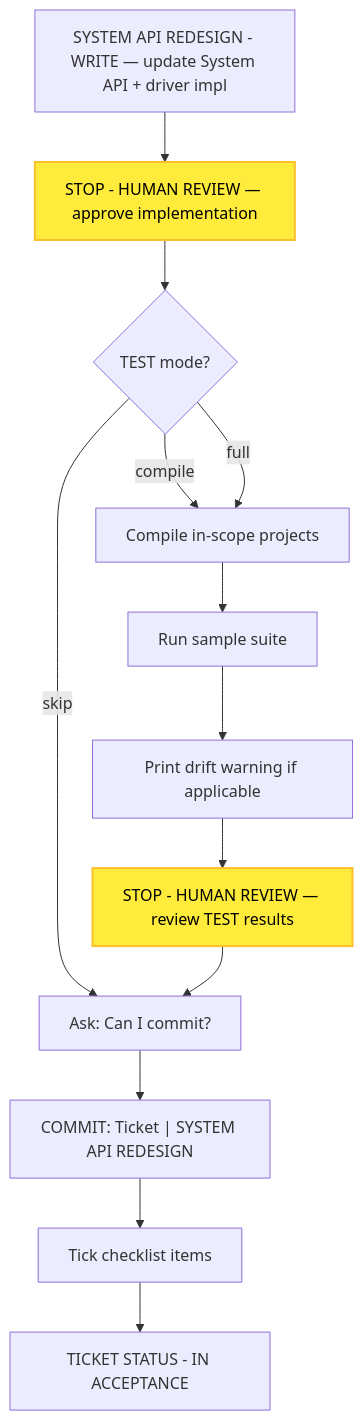
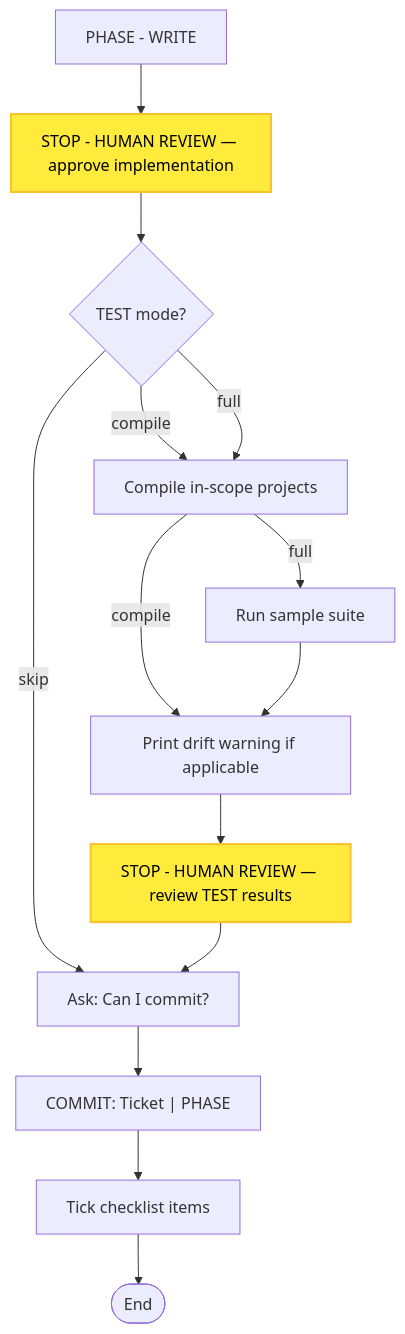
One commit to optivem/starter changed the seventh of 9 diagrams in docs/atdd/process/diagram-process.md. Above: the diagram before and after it, drawn with Mermaid. The commit also changed other lines of this file and 2 other files, not shown here.

````diff
--- a/docs/atdd/process/diagram-process.md
+++ b/docs/atdd/process/diagram-process.md
@@ -201,30 +214,31 @@
 ```mermaid
 flowchart TD
-    WRITE["SYSTEM API REDESIGN - WRITE — update System API + driver impl"]
-    REVIEW["STOP - HUMAN REVIEW — approve implementation"]
-    TEST_GATE{TEST mode?}
+    WRITE["PHASE - WRITE"]
+    STOP_REVIEW[STOP - HUMAN REVIEW — approve implementation]
+    GATE_TEST{TEST mode?}
     COMPILE[Compile in-scope projects]
-    SAMPLE["Run sample suite"]
+    SAMPLE[Run sample suite]
     DRIFT[Print drift warning if applicable]
-    STOP_TEST["STOP - HUMAN REVIEW — review TEST results"]
+    STOP_TEST[STOP - HUMAN REVIEW — review TEST results]
     ASK_COMMIT["Ask: Can I commit?"]
-    COMMIT["COMMIT: Ticket | SYSTEM API REDESIGN"]
+    COMMIT["COMMIT: Ticket | PHASE"]
     TICK[Tick checklist items]
-    INACC[TICKET STATUS - IN ACCEPTANCE]
+    STRUCT_END([End])
 
-    WRITE --> REVIEW
-    REVIEW --> TEST_GATE
-    TEST_GATE -->|skip| ASK_COMMIT
-    TEST_GATE -->|compile| COMPILE
-    TEST_GATE -->|full| COMPILE
-    COMPILE --> SAMPLE
+    WRITE --> STOP_REVIEW
+    STOP_REVIEW --> GATE_TEST
+    GATE_TEST -- skip --> ASK_COMMIT
+    GATE_TEST -- compile --> COMPILE
+    GATE_TEST -- full --> COMPILE
+    COMPILE -- compile --> DRIFT
+    COMPILE -- full --> SAMPLE
     SAMPLE --> DRIFT
     DRIFT --> STOP_TEST
     STOP_TEST --> ASK_COMMIT
     ASK_COMMIT --> COMMIT
     COMMIT --> TICK
-    TICK --> INACC
+    TICK --> STRUCT_END
 
     classDef humanReviewNode fill:#ffeb3b,stroke:#fbc02d,stroke-width:2px,color:#000
-    class REVIEW,STOP_TEST humanReviewNode
+    class STOP_REVIEW,STOP_TEST humanReviewNode
 ```
````
